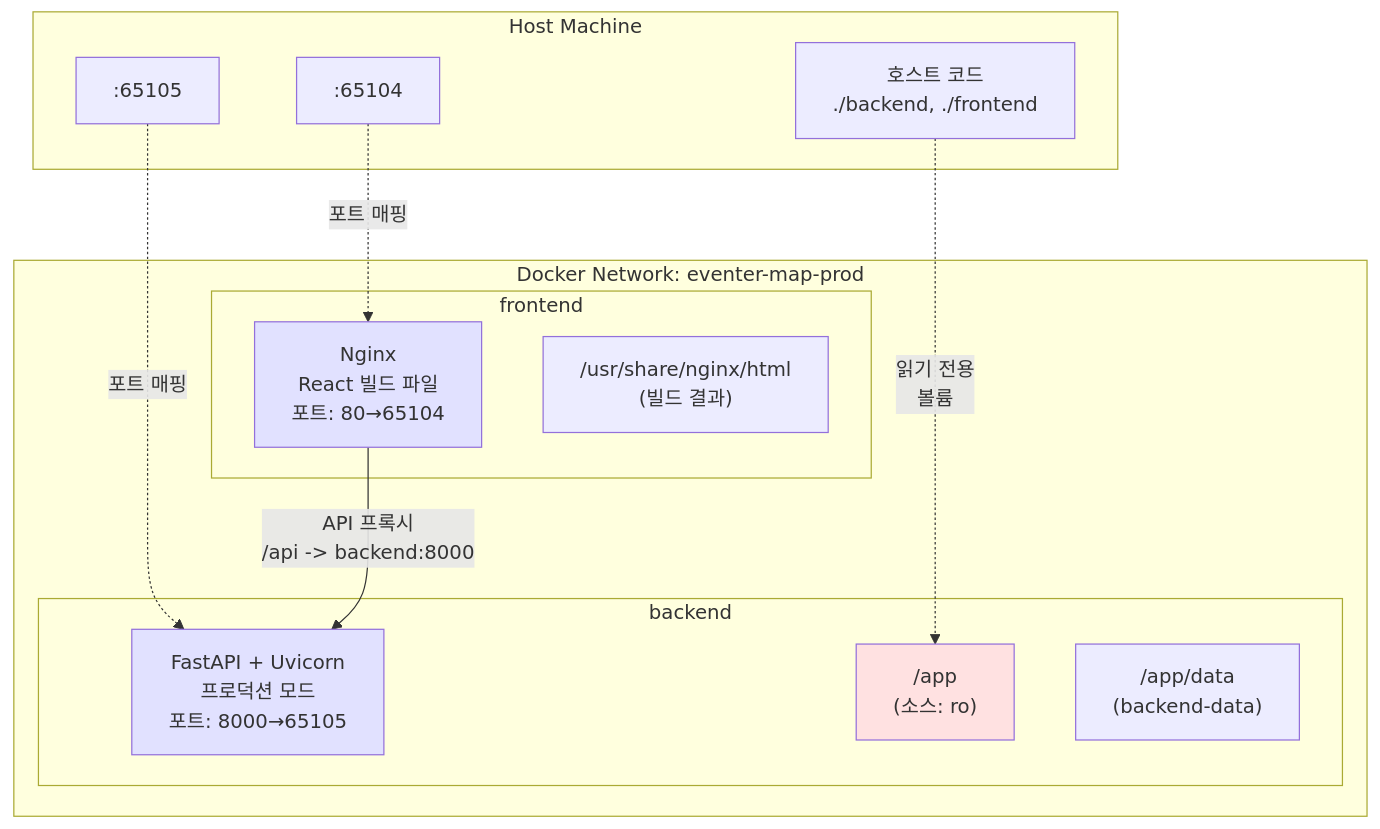
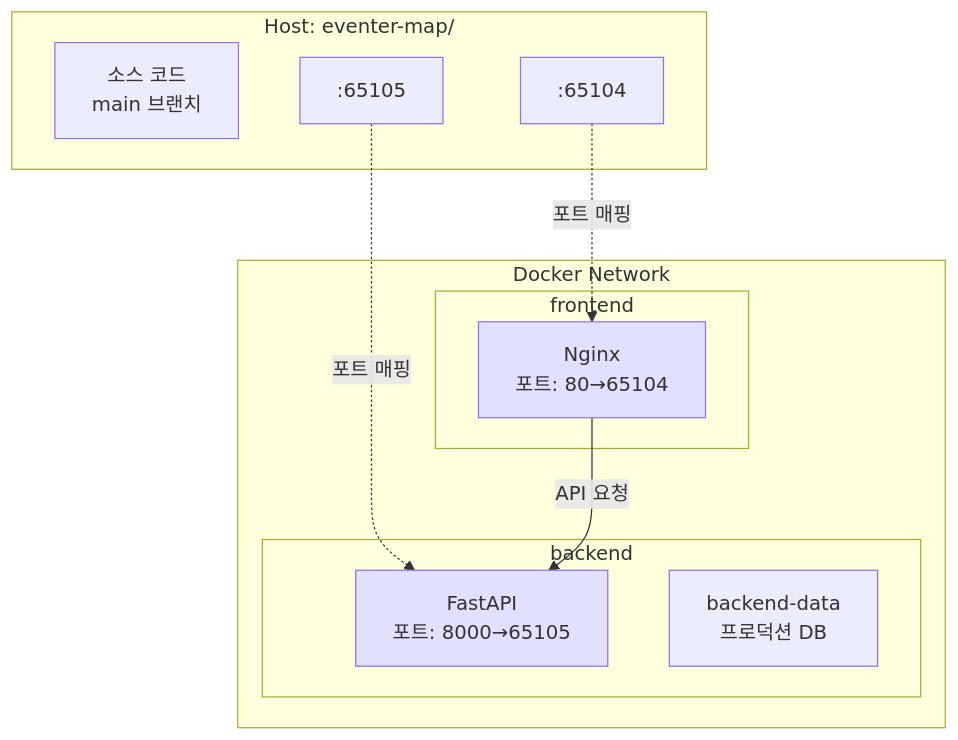
The second of 2 diagrams in docs/DOCKER_SETUP_GUIDE.md (koanghun/eventer-map), drawn with Mermaid before and after one commit. The commit also changed other lines of this file and 5 other files, not shown here.

````diff
--- a/docs/DOCKER_SETUP_GUIDE.md
+++ b/docs/DOCKER_SETUP_GUIDE.md
@@ -65,32 +123,26 @@
 ```mermaid
 graph TB
-    subgraph "Host Machine"
-        HC[호스트 코드<br/>./backend, ./frontend]
-        HP1[":65105"]
-        HP2[":65104"]
+    subgraph "Host: eventer-map/"
+        HC2[소스 코드<br/>main 브랜치]
+        HP4[":65104"]
+        HP5[":65105"]
     end
     
-    subgraph "Docker Network: eventer-map-prod"
+    subgraph "Docker Network"
         subgraph "backend"
-            BE["FastAPI + Uvicorn<br/>프로덕션 모드<br/>포트: 8000→65105"]
-            BV1["/app<br/>(소스: ro)"]
-            BV2["/app/data<br/>(backend-data)"]
+            BE2["FastAPI<br/>포트: 8000→65105"]
+            BD2[backend-data<br/>프로덕션 DB]
         end
         
         subgraph "frontend"
-            FE["Nginx<br/>React 빌드 파일<br/>포트: 80→65104"]
-            FV1["/usr/share/nginx/html<br/>(빌드 결과)"]
+            FE2["Nginx<br/>포트: 80→65104"]
         end
     end
     
-    HC -.->|읽기 전용<br/>볼륨| BV1
+    HP4 -.->|포트 매핑| FE2
+    HP5 -.->|포트 매핑| BE2
+    FE2 -->|API 요청| BE2
     
-    HP1 -.->|포트 매핑| BE
-    HP2 -.->|포트 매핑| FE
-    
-    FE -->|API 프록시<br/>/api -> backend:8000| BE
-    
-    style BE fill:#e1e1ff
-    style FE fill:#e1e1ff
-    style BV1 fill:#ffe1e1
+    style BE2 fill:#e1e1ff
+    style FE2 fill:#e1e1ff
 ```
````
